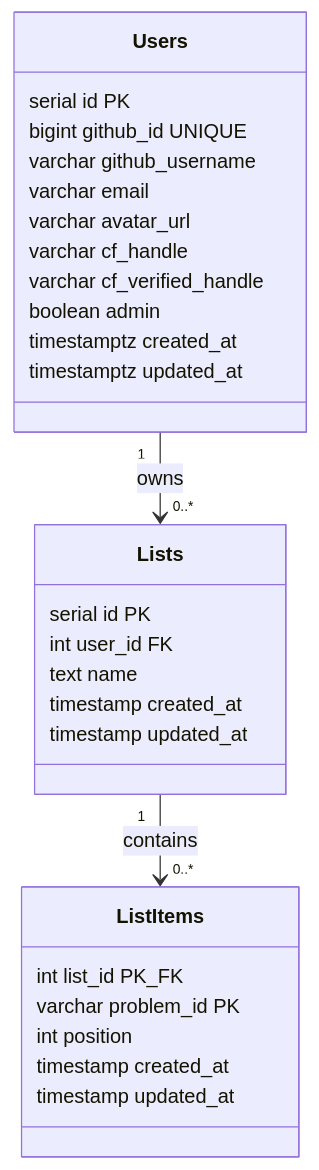
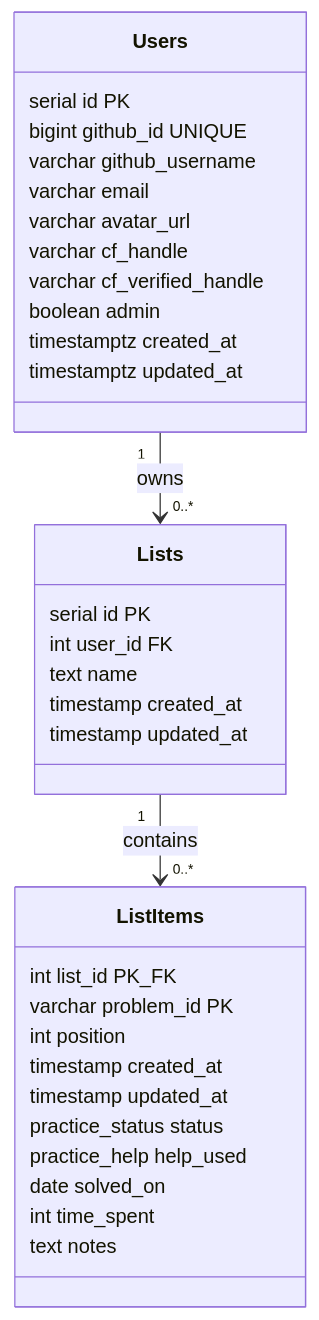
Before and after one commit to mbashem/cftracker: the seventh of 7 diagrams in backend/ARCHITECTURE.md, drawn with Mermaid. The commit also changed other lines of this file and 24 other files, not shown here.

````diff
--- a/backend/ARCHITECTURE.md
+++ b/backend/ARCHITECTURE.md
@@ -528,31 +539,36 @@
 ```mermaid
 classDiagram
     class Users {
         serial id PK
         bigint github_id UNIQUE
         varchar github_username
         varchar email
         varchar avatar_url
         varchar cf_handle
         varchar cf_verified_handle
         boolean admin
         timestamptz created_at
         timestamptz updated_at
     }
     class Lists {
         serial id PK
         int user_id FK
         text name
         timestamp created_at
         timestamp updated_at
     }
     class ListItems {
         int list_id PK_FK
         varchar problem_id PK
         int position
         timestamp created_at
         timestamp updated_at
+        practice_status status
+        practice_help help_used
+        date solved_on
+        int time_spent
+        text notes
     }
     Users "1" --> "0..*" Lists : owns
     Lists "1" --> "0..*" ListItems : contains
 ```
````
